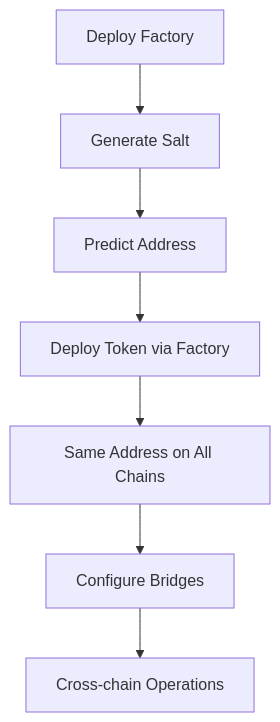
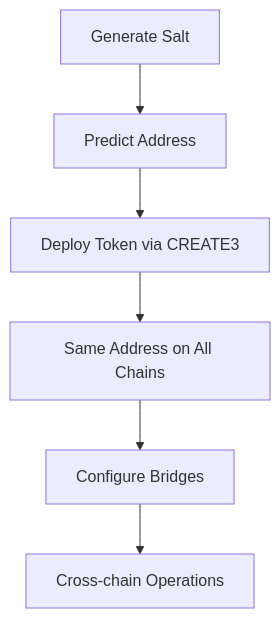
The first of 3 diagrams in synd-contracts/src/token/SYND_TOKEN_ARCHITECTURE.md (SyndicateProtocol/syndicate-appchains), drawn with Mermaid before and after one commit. The commit also changed other lines of this file, not shown here.

Commit message:
Fix documentation by removing factory deployment mentions.

````diff
--- a/synd-contracts/src/token/SYND_TOKEN_ARCHITECTURE.md
+++ b/synd-contracts/src/token/SYND_TOKEN_ARCHITECTURE.md
@@ -218,9 +220,8 @@
 ```mermaid
 graph TD
-    A[Deploy Factory] --> B[Generate Salt]
-    B --> C[Predict Address]
-    C --> D[Deploy Token via Factory]
-    D --> E[Same Address on All Chains]
-    E --> F[Configure Bridges]
-    F --> G[Cross-chain Operations]
+    A[Generate Salt] --> B[Predict Address]
+    B --> C[Deploy Token via CREATE3]
+    C --> D[Same Address on All Chains]
+    D --> E[Configure Bridges]
+    E --> F[Cross-chain Operations]
 ```
````
